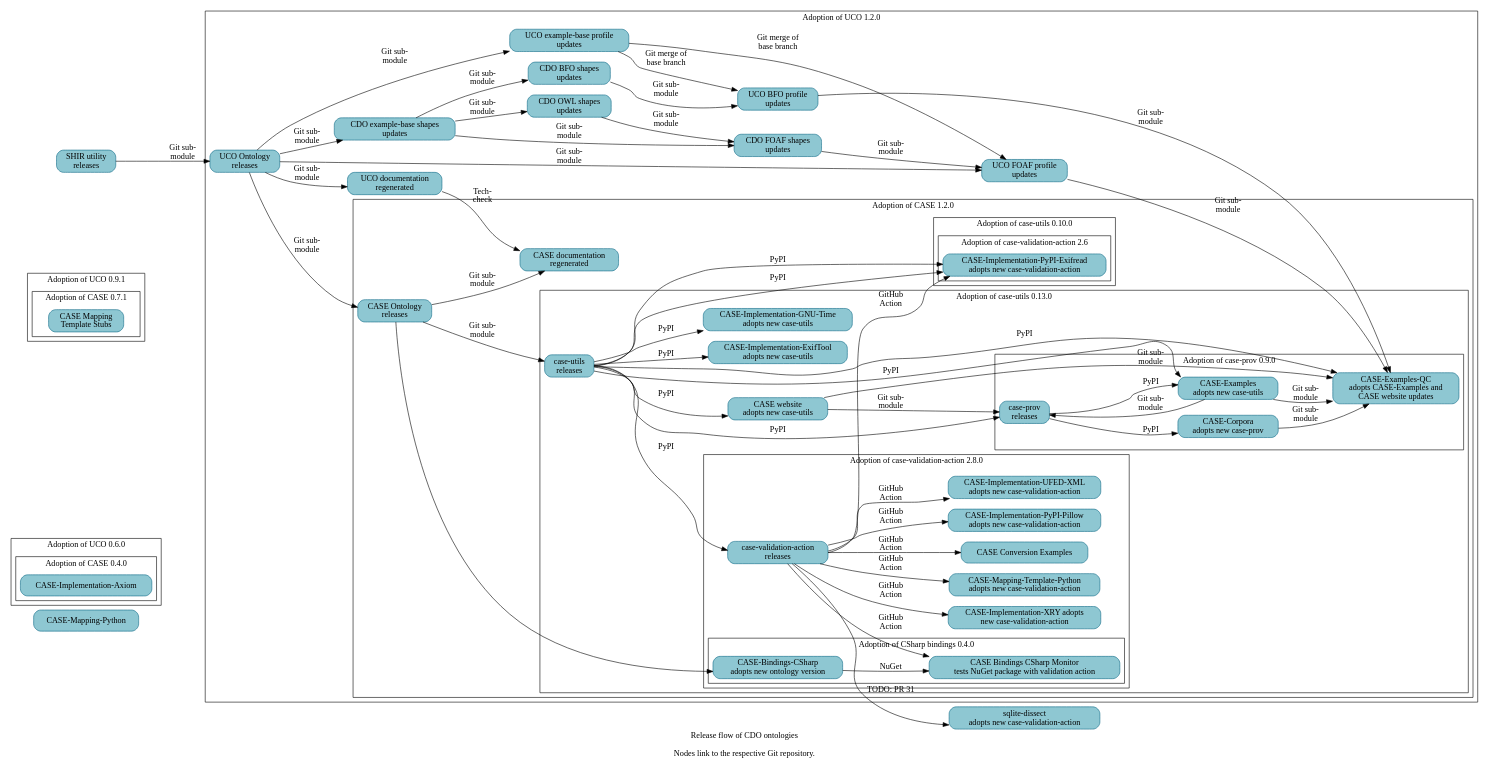
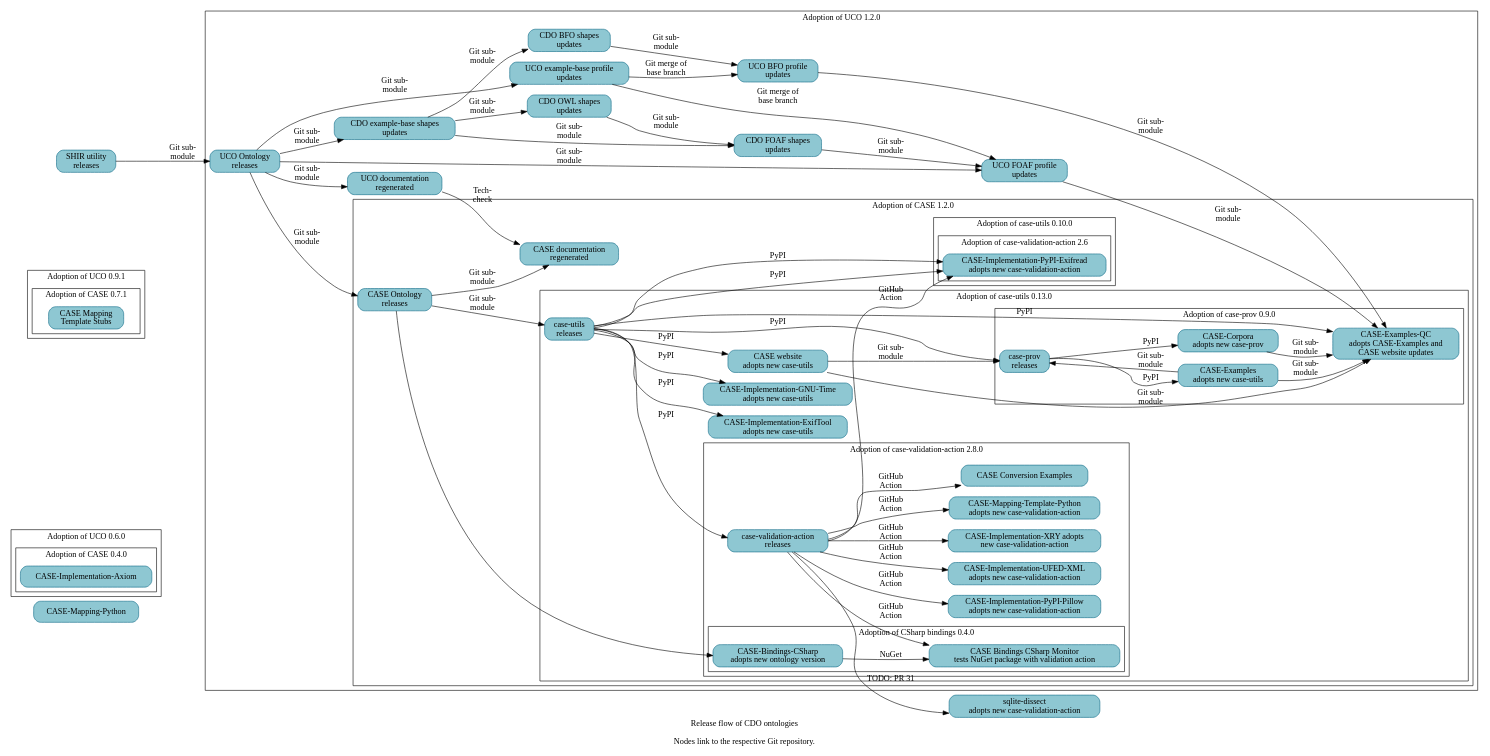
The diagram in resources/project_release_flow.dot (Cyber-Domain-Ontology/cdo.github.io), drawn with Graphviz before and after one commit.

Commit message:
Remove now-redundant link from case-utils to CASE-Examples
A follow-on patch will regenerate Make-managed files.

```diff
--- a/resources/project_release_flow.dot
+++ b/resources/project_release_flow.dot
@@ -1,146 +1,145 @@
 digraph "cdo_release_flow" {
   label = "Release flow of CDO ontologies\n\nNodes link to the respective Git repository." ;
   rankdir = "LR" ;
   node [shape="rectangle" style="filled,rounded" fillcolor="#8EC7D2" color="#0D6986"] ;
 
   // Define nodes in their corresponding progress subgraph.
 
   _GH__CASEWORK__CASE_MAPPING_PYTHON [URL="https://github.com/casework/CASE-Mapping-Python/" label="CASE-Mapping-Python"] ;
 
   subgraph cluster_uco_0_6_0 {
     label = "Adoption of UCO 0.6.0" ;
 
     subgraph cluster_case_0_4_0 {
       label = "Adoption of CASE 0.4.0" ;
       _GH__CASEWORK__CASE_IMPLEMENTATION_AXIOM [URL="https://github.com/casework/CASE-Implementation-Axiom" label="CASE-Implementation-Axiom"] ;
     }
   }
 
   subgraph cluster_uco_0_9_1 {
     label = "Adoption of UCO 0.9.1" ;
 
     subgraph cluster_case_0_7_1 {
       label = "Adoption of CASE 0.7.1" ;
       _GH__CASEWORK__CASE_MAPPING_TEMPLATE_STUBS [URL="https://github.com/casework/CASE-Mapping-Template-Stubs" label="CASE Mapping\nTemplate Stubs"] ;
     }
   }
 
   subgraph cluster_uco_1_2_0 {
     label = "Adoption of UCO 1.2.0" ;
 
     _GH__CYBER_DOMAIN_ONTOLOGY__CDO_SHAPES_BFO [URL="https://github.com/Cyber-Domain-Ontology/CDO-Shapes-BFO" label="CDO BFO shapes\nupdates"] ;
     _GH__CYBER_DOMAIN_ONTOLOGY__CDO_SHAPES_EXAMPLE [URL="https://github.com/Cyber-Domain-Ontology/CDO-Shapes-Example" label="CDO example-base shapes\nupdates"] ;
     _GH__CYBER_DOMAIN_ONTOLOGY__CDO_SHAPES_FOAF [URL="https://github.com/Cyber-Domain-Ontology/CDO-Shapes-FOAF" label="CDO FOAF shapes\nupdates"] ;
     _GH__CYBER_DOMAIN_ONTOLOGY__CDO_SHAPES_OWL [URL="https://github.com/Cyber-Domain-Ontology/CDO-Shapes-OWL" label="CDO OWL shapes\nupdates"] ;
     _GH__UCOPROJECT__ONTOLOGY_UNIFIEDCYBERONTOLOGY_ORG [URL="https://github.com/ucoProject/ontology.unifiedcyberontology.org" label="UCO documentation\nregenerated"] ;
     _GH__UCOPROJECT__UCO [URL="https://github.com/ucoProject/UCO" label="UCO Ontology\nreleases"] ;
     _GH__UCOPROJECT__UCO_PROFILE_BFO [URL="https://github.com/ucoProject/UCO-Profile-BFO" label="UCO BFO profile\nupdates"] ;
     _GH__UCOPROJECT__UCO_PROFILE_EXAMPLE [URL="https://github.com/ucoProject/UCO-Profile-Example" label="UCO example-base profile\nupdates"] ;
     _GH__UCOPROJECT__UCO_PROFILE_FOAF [URL="https://github.com/ucoProject/UCO-Profile-FOAF" label="UCO FOAF profile\nupdates"] ;
 
     subgraph cluster_case_1_2_0 {
       label = "Adoption of CASE 1.2.0" ;
 
       _GH__CASEWORK__CASE [URL="https://github.com/casework/CASE" label="CASE Ontology\nreleases"] ;
       _GH__CASEWORK__ONTOLOGY_CASEONTOLOGY_ORG [URL="https://github.com/casework/ontology.caseontology.org" label="CASE documentation\nregenerated"] ;
 
       subgraph cluster_case_utils_0_10_0 {
         label = "Adoption of case-utils 0.10.0" ;
 
         subgraph cluster_case_validation_action_2_6 {
           label = "Adoption of case-validation-action 2.6" ;
 
           _GH__CASEWORK__CASE_IMPLEMENTATON_PYPI_EXIFREAD [URL="https://github.com/casework/CASE-Implementation-PyPI-Exifread" label="CASE-Implementation-PyPI-Exifread\nadopts new case-validation-action"] ;
         }
       }
 
       subgraph cluster_case_utils_0_13_0 {
         label = "Adoption of case-utils 0.13.0" ;
 
         _GH__CASEWORK__CASE_IMPLEMENTATON_EXIFTOOL [URL="https://github.com/casework/CASE-Implementation-ExifTool" label="CASE-Implementation-ExifTool\nadopts new case-utils"] ;
         _GH__CASEWORK__CASE_IMPLEMENTATON_GNU_TIME [URL="https://github.com/casework/CASE-Implementation-GNU-Time" label="CASE-Implementation-GNU-Time\nadopts new case-utils"] ;
         _GH__CASEWORK__CASE_UTILITIES_PYTHON [URL="https://github.com/casework/CASE-Utilities-Python" label="case-utils\nreleases"] ;
         _GH__CASEWORK__CASEWORK_GITHUB_IO [URL="https://github.com/casework/casework.github.io" label="CASE website\nadopts new case-utils"] ;
 
         subgraph cluster_case_prov_0_9_0 {
           label = "Adoption of case-prov 0.9.0" ;
 
           _GH__AJNELSON_NIST__CASE_EXAMPLES_QC [URL="https://github.com/ajnelson-nist/CASE-Examples-QC" label="CASE-Examples-QC\nadopts CASE-Examples and\nCASE website updates"] ;
           _GH__CASEWORK__CASE_CORPORA [URL="https://github.com/casework/CASE-Corpora" label="CASE-Corpora\nadopts new case-prov"] ;
           _GH__CASEWORK__CASE_EXAMPLES [URL="https://github.com/casework/CASE-Examples" label="CASE-Examples\nadopts new case-utils"] ;
           _GH__CASEWORK__CASE_IMPLEMENTATON_PROV_O [URL="https://github.com/casework/CASE-Implementation-PROV-O" label="case-prov\nreleases"] ;
         }
 
         subgraph cluster_case_validation_action_2_8_0 {
           label = "Adoption of case-validation-action 2.8.0" ;
 
           _GH__KCHASON__CASE_VALIDATION_ACTION [URL="https://github.com/kchason/case-validation-action" label="case-validation-action\nreleases"] ;
           _GH__CASEWORK__CASE_EXAMPLES_CONVERSION [URL="https://github.com/casework/CASE-Examples-Conversion" label="CASE Conversion Examples"] ;
           _GH__CASEWORK__CASE_IMPLEMENTATON_PYPI_PILLOW [URL="https://github.com/casework/CASE-Implementation-PyPI-Pillow" label="CASE-Implementation-PyPI-Pillow\nadopts new case-validation-action"] ;
           _GH__CASEWORK__CASE_IMPLEMENTATON_UFED_XML [URL="https://github.com/casework/CASE-Implementation-UFED-XML" label="CASE-Implementation-UFED-XML\nadopts new case-validation-action"] ;
           _GH__CASEWORK__CASE_IMPLEMENTATON_XRY [URL="https://github.com/casework/CASE-Implementation-XRY" label="CASE-Implementation-XRY adopts\nnew case-validation-action"] ;
           _GH__CASEWORK__CASE_MAPPING_TEMPLATE_PYTHON [URL="https://github.com/casework/CASE-Mapping-Template-Python" label="CASE-Mapping-Template-Python\nadopts new case-validation-action"] ;
 
           subgraph cluster_case_bindings_csharp_0_4_0 {
             label = "Adoption of CSharp bindings 0.4.0" ;
 
             _GH__CASEWORK__CASE_BINDINGS_CSHARP_MONITOR [URL="https://github.com/casework/CASE-Bindings-CSharp-Monitor" label="CASE Bindings CSharp Monitor\ntests NuGet package with validation action"] ;
             _GH__CIPHERTECHSOLUTIONS__CASE_BINDINGS_CSHARP [URL="https://github.com/ciphertechsolutions/CASE-Bindings-CSharp" label="CASE-Bindings-CSharp\nadopts new ontology version"] ;
           }
         }
       }
     }
   }
 
   _GH__CASEWORK__CASE_UTILITY_SHACL_INHERITANCE_REVIEWER [URL="https://github.com/casework/CASE-Utility-SHACL-Inheritance-Reviewer" label="SHIR utility\nreleases"] ;
   _GH__DOD_CYBER_CRIME_CENTER__SQLITE_DISSECT [URL="https://github.com/dod-cyber-crime-center/sqlite-dissect" label="sqlite-dissect\nadopts new case-validation-action"] ;
 
   // Begin edges
 
   _GH__CASEWORK__CASE_EXAMPLES -> _GH__CASEWORK__CASE_IMPLEMENTATON_PROV_O [label="Git sub-\nmodule"] ;
   _GH__CASEWORK__CASEWORK_GITHUB_IO -> _GH__CASEWORK__CASE_IMPLEMENTATON_PROV_O [label="Git sub-\nmodule"] ;
   _GH__CASEWORK__CASE_CORPORA -> _GH__AJNELSON_NIST__CASE_EXAMPLES_QC [label="Git sub-\nmodule"] ;
 
   _GH__CASEWORK__CASE -> _GH__CASEWORK__CASE_UTILITIES_PYTHON [label="Git sub-\nmodule"] ;
   _GH__CASEWORK__CASE -> _GH__CIPHERTECHSOLUTIONS__CASE_BINDINGS_CSHARP ;
   _GH__CASEWORK__CASE -> _GH__CASEWORK__ONTOLOGY_CASEONTOLOGY_ORG [label="Git sub-\nmodule"] ; 
   _GH__CASEWORK__CASE_EXAMPLES -> _GH__AJNELSON_NIST__CASE_EXAMPLES_QC [label="Git sub-\nmodule"] ;
   _GH__CASEWORK__CASE_IMPLEMENTATON_PROV_O -> _GH__CASEWORK__CASE_CORPORA [label="PyPI"] ;
   _GH__CASEWORK__CASE_IMPLEMENTATON_PROV_O -> _GH__CASEWORK__CASE_EXAMPLES [label="PyPI"] ;
   _GH__CASEWORK__CASE_UTILITIES_PYTHON -> _GH__AJNELSON_NIST__CASE_EXAMPLES_QC [label="PyPI"] ;
-  _GH__CASEWORK__CASE_UTILITIES_PYTHON -> _GH__CASEWORK__CASE_EXAMPLES [label="PyPI"] ;
   _GH__CASEWORK__CASE_UTILITIES_PYTHON -> _GH__CASEWORK__CASE_IMPLEMENTATON_EXIFTOOL [label="PyPI"] ;
   _GH__CASEWORK__CASE_UTILITIES_PYTHON -> _GH__CASEWORK__CASE_IMPLEMENTATON_GNU_TIME [label="PyPI"] ;
   _GH__CASEWORK__CASE_UTILITIES_PYTHON -> _GH__CASEWORK__CASE_IMPLEMENTATON_PROV_O [label="PyPI"] ;
   _GH__CASEWORK__CASE_UTILITIES_PYTHON -> _GH__CASEWORK__CASE_IMPLEMENTATON_PYPI_EXIFREAD [label="PyPI"] ;
   _GH__CASEWORK__CASE_UTILITIES_PYTHON -> _GH__KCHASON__CASE_VALIDATION_ACTION [label="PyPI"] ;
   _GH__CASEWORK__CASE_UTILITIES_PYTHON -> _GH__CASEWORK__CASEWORK_GITHUB_IO [label="PyPI"] ;
   _GH__CASEWORK__CASE_UTILITY_SHACL_INHERITANCE_REVIEWER -> _GH__UCOPROJECT__UCO [label="Git sub-\nmodule"] ;
   _GH__CASEWORK__CASEWORK_GITHUB_IO -> _GH__AJNELSON_NIST__CASE_EXAMPLES_QC [label="Git sub-\nmodule"] ;
   _GH__CIPHERTECHSOLUTIONS__CASE_BINDINGS_CSHARP -> _GH__CASEWORK__CASE_BINDINGS_CSHARP_MONITOR [label="NuGet"] ;
   _GH__CYBER_DOMAIN_ONTOLOGY__CDO_SHAPES_BFO -> _GH__UCOPROJECT__UCO_PROFILE_BFO [label="Git sub-\nmodule"] ;
   _GH__CYBER_DOMAIN_ONTOLOGY__CDO_SHAPES_EXAMPLE -> _GH__CYBER_DOMAIN_ONTOLOGY__CDO_SHAPES_BFO [label="Git sub-\nmodule"] ;
   _GH__CYBER_DOMAIN_ONTOLOGY__CDO_SHAPES_EXAMPLE -> _GH__CYBER_DOMAIN_ONTOLOGY__CDO_SHAPES_FOAF [label="Git sub-\nmodule"] ;
   _GH__CYBER_DOMAIN_ONTOLOGY__CDO_SHAPES_EXAMPLE -> _GH__CYBER_DOMAIN_ONTOLOGY__CDO_SHAPES_OWL [label="Git sub-\nmodule"] ;
   _GH__CYBER_DOMAIN_ONTOLOGY__CDO_SHAPES_FOAF -> _GH__UCOPROJECT__UCO_PROFILE_FOAF [label="Git sub-\nmodule"] ;
   _GH__CYBER_DOMAIN_ONTOLOGY__CDO_SHAPES_OWL -> _GH__CYBER_DOMAIN_ONTOLOGY__CDO_SHAPES_FOAF [label="Git sub-\nmodule"] ;
   _GH__KCHASON__CASE_VALIDATION_ACTION -> _GH__CASEWORK__CASE_BINDINGS_CSHARP_MONITOR [label="GitHub\nAction"] ;
   _GH__KCHASON__CASE_VALIDATION_ACTION -> _GH__CASEWORK__CASE_EXAMPLES_CONVERSION [label="GitHub\nAction"];
   _GH__CASEWORK__CASE_UTILITIES_PYTHON -> _GH__CASEWORK__CASE_IMPLEMENTATON_PYPI_EXIFREAD [label="PyPI"] ;
   _GH__KCHASON__CASE_VALIDATION_ACTION -> _GH__CASEWORK__CASE_IMPLEMENTATON_PYPI_EXIFREAD [label="GitHub\nAction"] ;
   _GH__KCHASON__CASE_VALIDATION_ACTION -> _GH__CASEWORK__CASE_IMPLEMENTATON_PYPI_PILLOW [label="GitHub\nAction"] ;
   _GH__KCHASON__CASE_VALIDATION_ACTION -> _GH__CASEWORK__CASE_IMPLEMENTATON_UFED_XML [label="GitHub\nAction"] ;
   _GH__KCHASON__CASE_VALIDATION_ACTION -> _GH__CASEWORK__CASE_IMPLEMENTATON_XRY [label="GitHub\nAction"] ;
   _GH__KCHASON__CASE_VALIDATION_ACTION -> _GH__CASEWORK__CASE_MAPPING_TEMPLATE_PYTHON [label="GitHub\nAction"] ;
   _GH__KCHASON__CASE_VALIDATION_ACTION -> _GH__DOD_CYBER_CRIME_CENTER__SQLITE_DISSECT [URL="https://github.com/dod-cyber-crime-center/sqlite-dissect/pull/31" label="TODO: PR 31"] ;
   _GH__UCOPROJECT__ONTOLOGY_UNIFIEDCYBERONTOLOGY_ORG -> _GH__CASEWORK__ONTOLOGY_CASEONTOLOGY_ORG [label="Tech-\ncheck"];
   _GH__UCOPROJECT__UCO -> _GH__CASEWORK__CASE [label="Git sub-\nmodule"] ;
   _GH__UCOPROJECT__UCO -> _GH__CYBER_DOMAIN_ONTOLOGY__CDO_SHAPES_EXAMPLE [label="Git sub-\nmodule"] ;
   _GH__UCOPROJECT__UCO -> _GH__UCOPROJECT__ONTOLOGY_UNIFIEDCYBERONTOLOGY_ORG [label="Git sub-\nmodule"] ;
   _GH__UCOPROJECT__UCO -> _GH__UCOPROJECT__UCO_PROFILE_EXAMPLE [label="Git sub-\nmodule"] ;
   _GH__UCOPROJECT__UCO -> _GH__UCOPROJECT__UCO_PROFILE_FOAF [label="Git sub-\nmodule"] ;
   _GH__UCOPROJECT__UCO_PROFILE_BFO -> _GH__AJNELSON_NIST__CASE_EXAMPLES_QC [label="Git sub-\nmodule"] ;
   _GH__UCOPROJECT__UCO_PROFILE_EXAMPLE -> _GH__UCOPROJECT__UCO_PROFILE_BFO [label="Git merge of\nbase branch"] ;
   _GH__UCOPROJECT__UCO_PROFILE_EXAMPLE -> _GH__UCOPROJECT__UCO_PROFILE_FOAF [label="Git merge of\nbase branch"] ;
   _GH__UCOPROJECT__UCO_PROFILE_FOAF -> _GH__AJNELSON_NIST__CASE_EXAMPLES_QC [label="Git sub-\nmodule"] ;
 }
```
